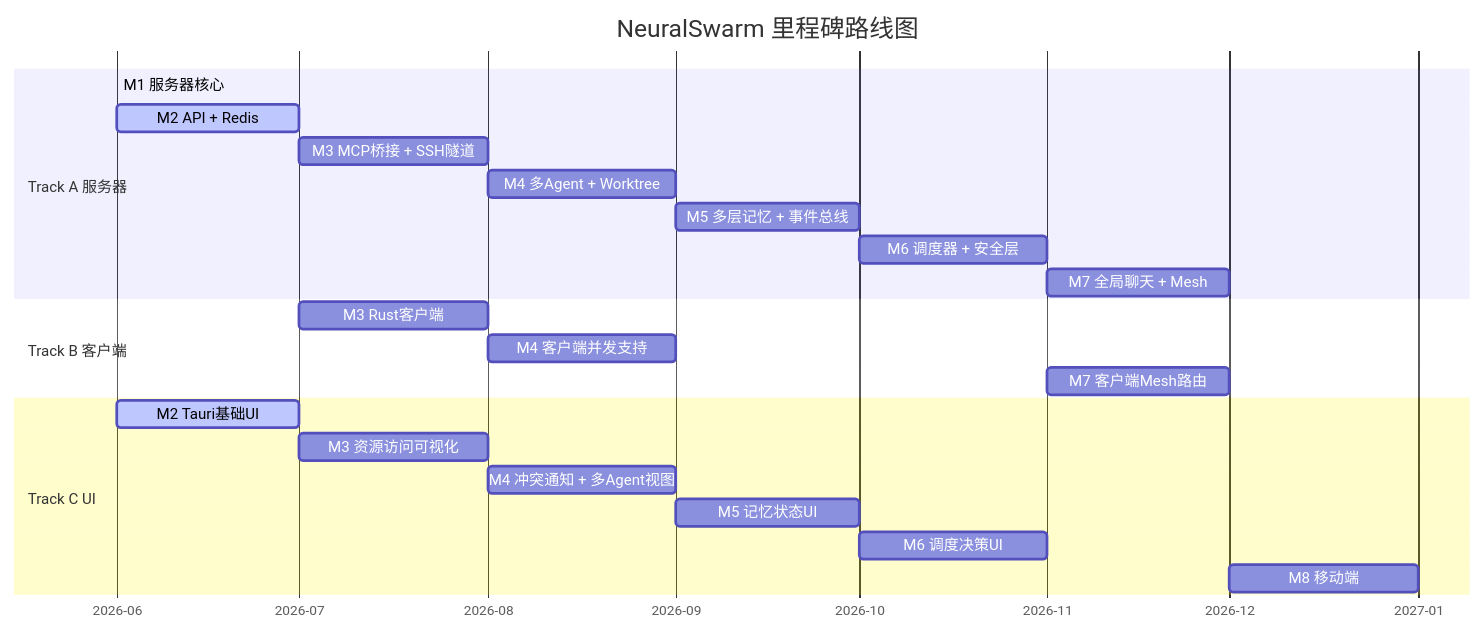
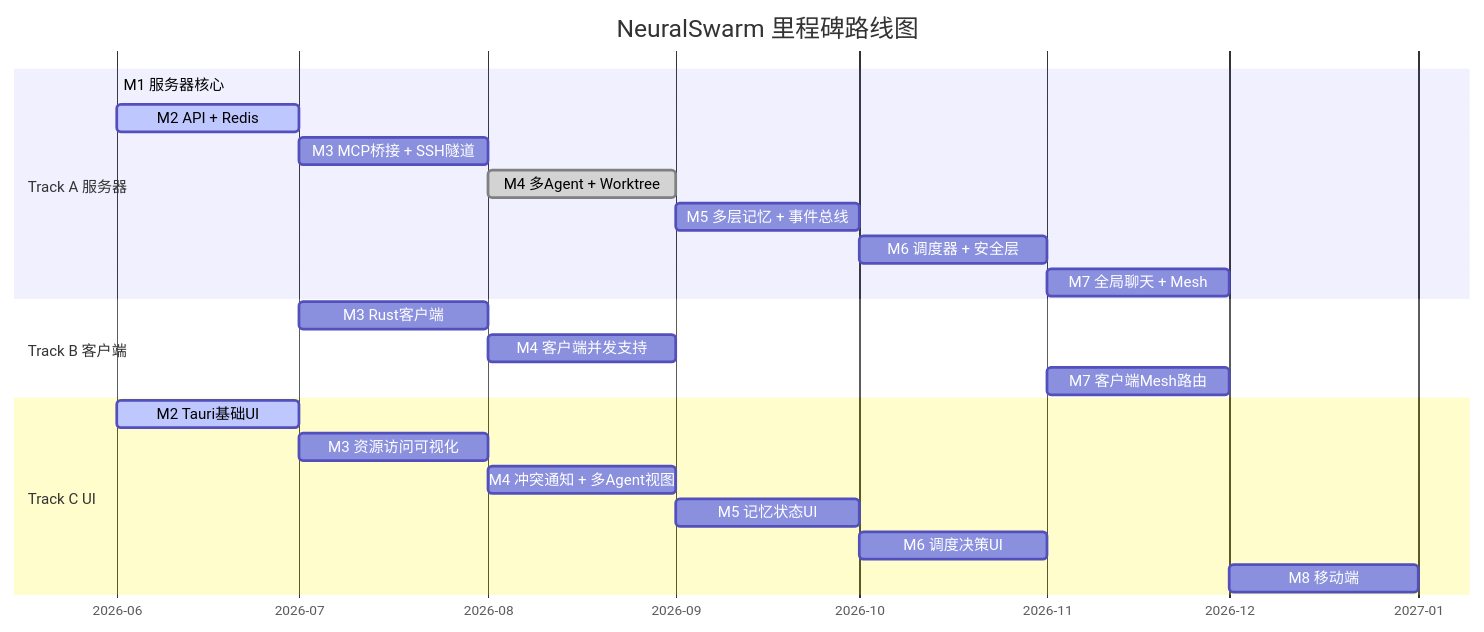
The diagram in docs/验收标准/index.md (ChenXu233/neuralswarm-code), drawn with Mermaid before and after one commit. The commit also changed other lines of this file and 2 other files, not shown here.

Commit message:
docs: mark M4 as completed in acceptance criteria

````diff
--- a/docs/验收标准/index.md
+++ b/docs/验收标准/index.md
@@ -25,28 +25,28 @@
 ```mermaid
 gantt
     title NeuralSwarm 里程碑路线图
     dateFormat  YYYY-MM
     axisFormat  %Y-%m
 
     section Track A 服务器
     M1 服务器核心           :done, m1a, 2026-06, 2026-06
     M2 API + Redis          :active, m2a, 2026-06, 2026-07
     M3 MCP桥接 + SSH隧道    :m3a, 2026-07, 2026-08
-    M4 多Agent + Worktree    :m4a, 2026-08, 2026-09
+    M4 多Agent + Worktree    :done, m4a, 2026-08, 2026-09
     M5 多层记忆 + 事件总线  :m5a, 2026-09, 2026-10
     M6 调度器 + 安全层      :m6a, 2026-10, 2026-11
     M7 全局聊天 + Mesh      :m7a, 2026-11, 2026-12
 
     section Track B 客户端
     M3 Rust客户端           :m3b, 2026-07, 2026-08
     M4 客户端并发支持       :m4b, 2026-08, 2026-09
     M7 客户端Mesh路由       :m7b, 2026-11, 2026-12
 
     section Track C UI
     M2 Tauri基础UI          :active, m2c, 2026-06, 2026-07
     M3 资源访问可视化       :m3c, 2026-07, 2026-08
     M4 冲突通知 + 多Agent视图 :m4c, 2026-08, 2026-09
     M5 记忆状态UI           :m5c, 2026-09, 2026-10
     M6 调度决策UI           :m6c, 2026-10, 2026-11
     M8 移动端               :m8c, 2026-12, 2027-01
 ```
````
